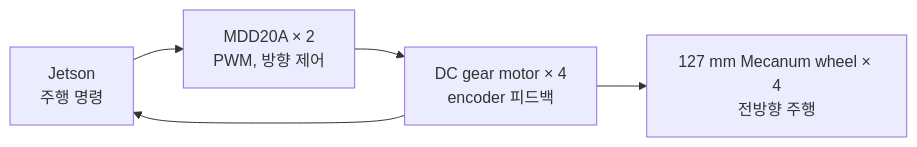
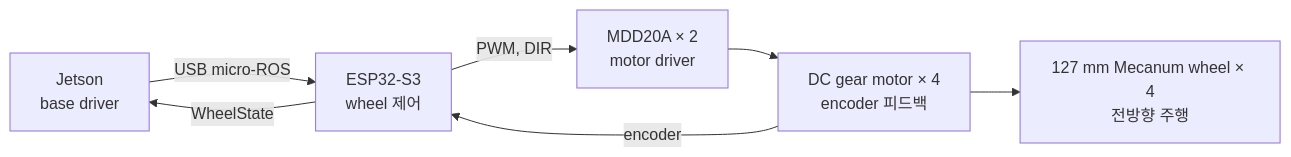
The first of 3 diagrams in 20_TECHNICAL/12 - Hardware Configuration.md (asm17-moving-agent/cleany-docs), drawn with Mermaid before and after one commit. The commit also changed other lines of this file and 21 other files, not shown here.

````diff
--- a/20_TECHNICAL/12 - Hardware Configuration.md
+++ b/20_TECHNICAL/12 - Hardware Configuration.md
@@ -67,7 +72,9 @@
 ```mermaid
 flowchart LR
-    J["Jetson<br/>주행 명령"] --> D["MDD20A × 2<br/>PWM, 방향 제어"]
+    J["Jetson<br/>base driver"] -->|USB micro-ROS| C["ESP32-S3<br/>wheel 제어"]
+    C -->|PWM, DIR| D["MDD20A × 2<br/>motor driver"]
     D --> M["DC gear motor × 4<br/>encoder 피드백"]
     M --> W["127 mm Mecanum wheel × 4<br/>전방향 주행"]
-    M --> J
+    M -->|encoder| C
+    C -->|WheelState| J
 ```
````
